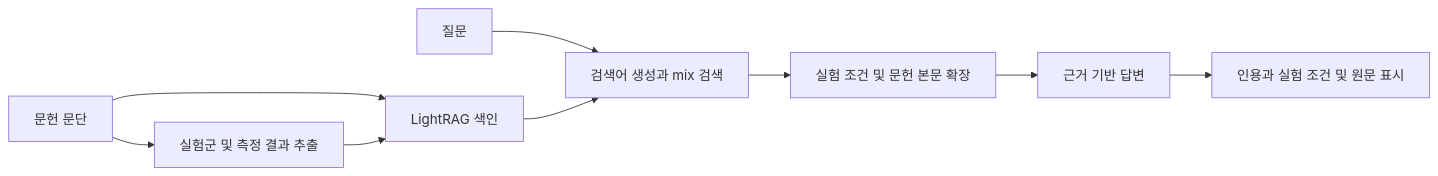
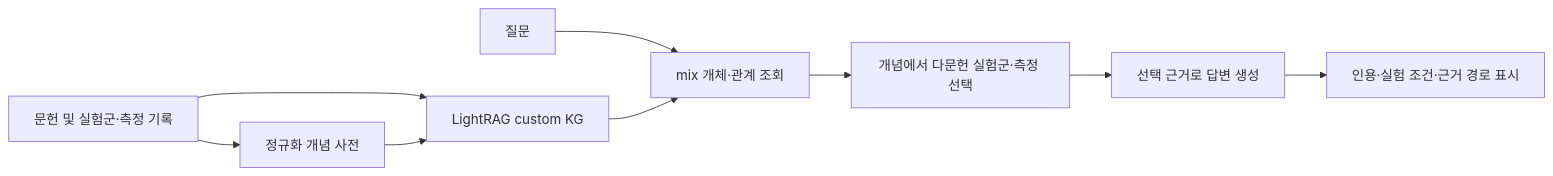
Before and after one commit to clarityth/ald-lightrag: the diagram in README.md, drawn with Mermaid. The commit also changed other lines of this file and 26 other files, not shown here.

````diff
--- a/README.md
+++ b/README.md
@@ -36,11 +37,11 @@
 ```mermaid
 flowchart LR
-  A[문헌 문단] --> B[실험군 및 측정 결과 추출]
-  A --> C[LightRAG 색인]
+  A[문헌 및 실험군·측정 기록] --> B[정규화 개념 사전]
+  A --> C[LightRAG custom KG]
   B --> C
-  Q[질문] --> D[검색어 생성과 mix 검색]
+  Q[질문] --> D[mix 개체·관계 조회]
   C --> D
-  D --> E[실험 조건 및 문헌 본문 확장]
-  E --> F[근거 기반 답변]
-  F --> G[인용과 실험 조건 및 원문 표시]
+  D --> E[개념에서 다문헌 실험군·측정 선택]
+  E --> F[선택 근거로 답변 생성]
+  F --> G[인용·실험 조건·근거 경로 표시]
 ```
````
